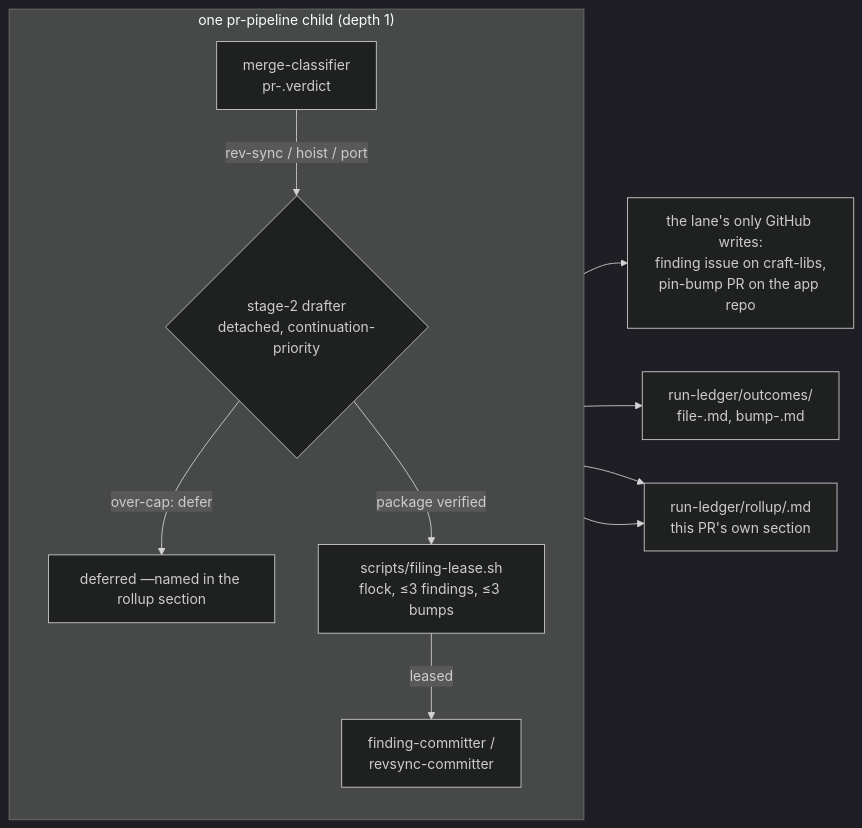
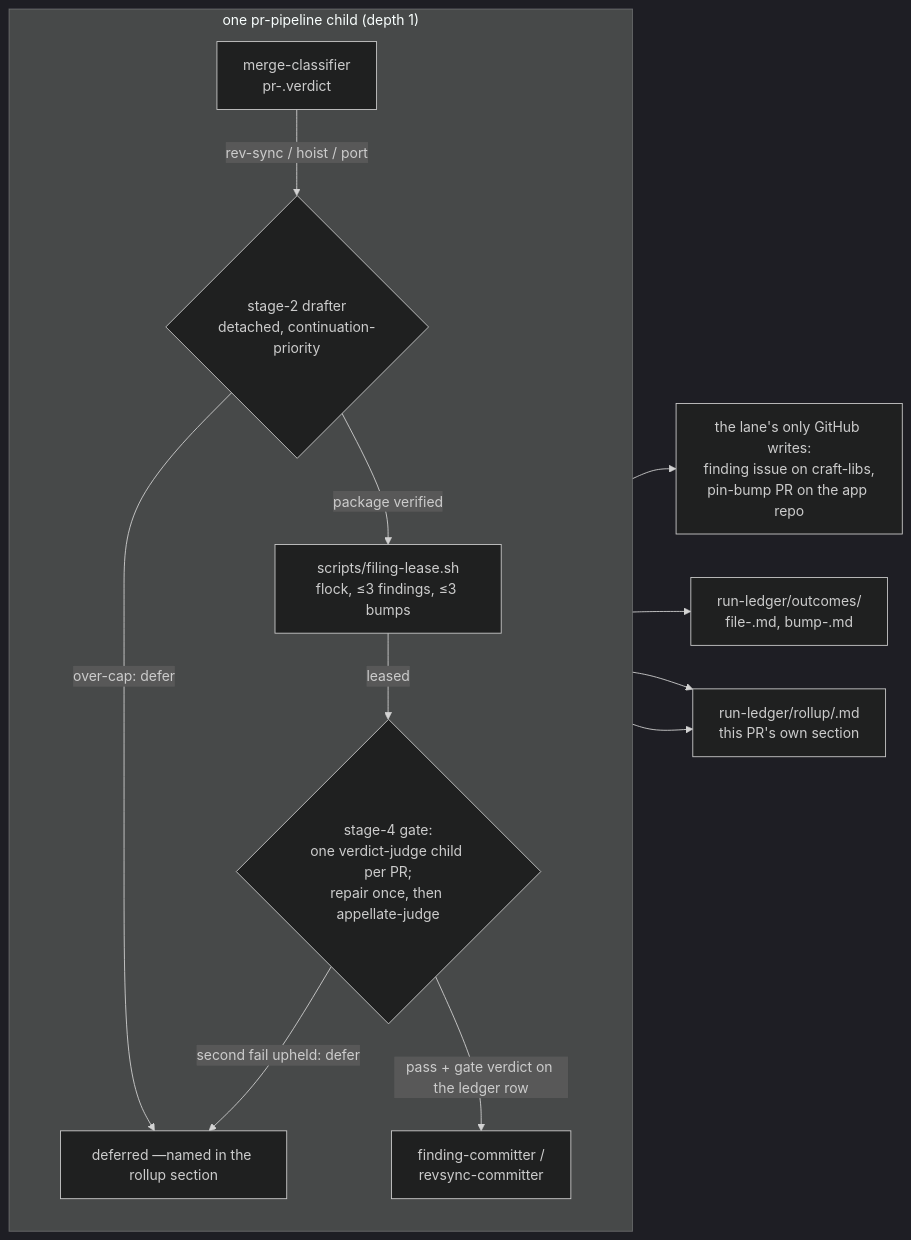
Diagram 12 of 12 in docs/workflow-diagrams.md (ahmedhosnypro/craft-libs-adoption), drawn with Mermaid (dark theme) before and after one commit. The commit also changed other lines of this file and 3 other files, not shown here.

````diff
--- a/docs/workflow-diagrams.md
+++ b/docs/workflow-diagrams.md
@@ -383,14 +396,16 @@
 ```mermaid
 flowchart LR
     subgraph pipeline["one pr-pipeline child (depth 1)"]
         direction TB
         CL["merge-classifier<br/>pr-<number>.verdict"] --> |"rev-sync / hoist / port"| DR{"stage-2 drafter<br/>detached, continuation-priority"}
         DR --> |"over-cap: defer"| DEF["deferred —named in the rollup section"]
-        LEASE["scripts/filing-lease.sh<br/>flock, ≤3 findings, ≤3 bumps"] --> |"leased"| COMM["finding-committer /<br/>revsync-committer"]
+        LEASE["scripts/filing-lease.sh<br/>flock, ≤3 findings, ≤3 bumps"] --> |"leased"| GATE{"stage-4 gate:<br/>one verdict-judge child per PR;<br/>repair once, then appellate-judge"}
         DR --> |"package verified"| LEASE
+        GATE -->|"pass + gate verdict on the ledger row"| COMM["finding-committer /<br/>revsync-committer"]
+        GATE -->|"second fail upheld: defer"| DEF
     end
     COMM --> W["the lane's only GitHub writes:<br/>finding issue on craft-libs,<br/>pin-bump PR on the app repo"]
     COMM --> OUT["run-ledger/outcomes/<br/>file-<slug>.md, bump-<slug>.md"]
     CL --> SEC["run-ledger/rollup/<slug>.md<br/>this PR's own section"]
     COMM --> SEC
 ```
````
